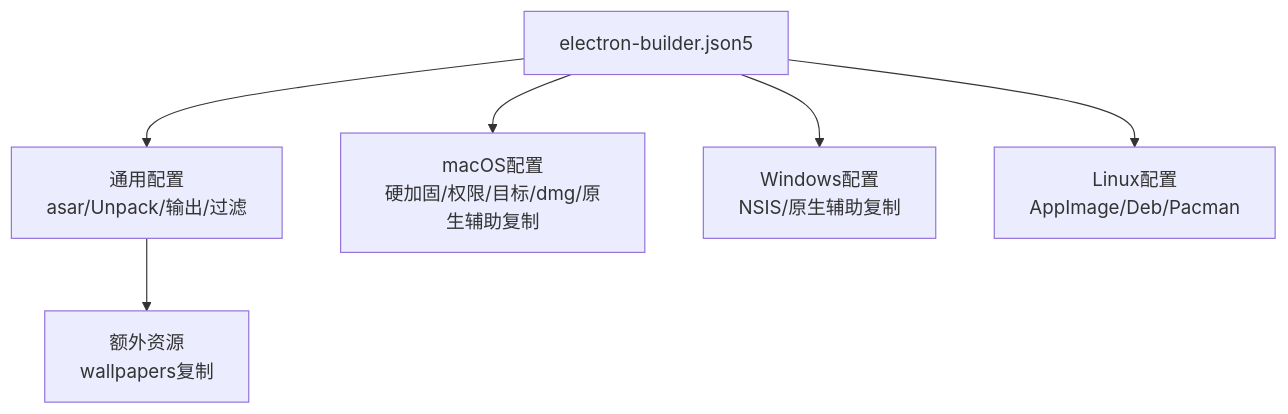
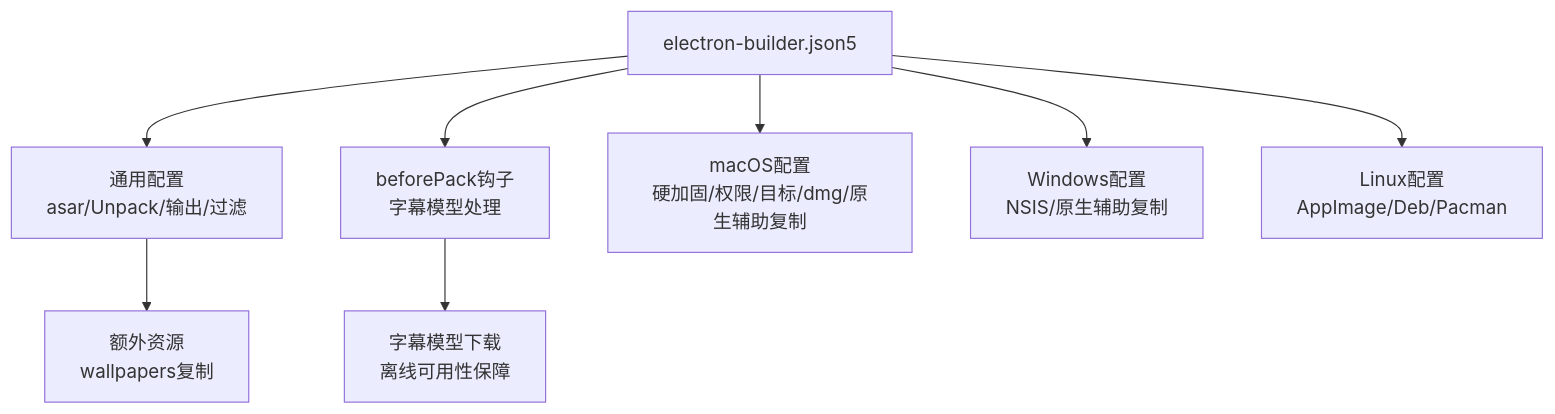
One commit to zhanggmin/openscreen changed the fourth of 10 diagrams in .qoder/repowiki/zh/content/构建与部署.md. Above: the diagram before and after it, drawn with Mermaid. The commit also changed other lines of this file and 68 other files, not shown here.

Commit message:
开发图文编辑功能

````diff
--- a/.qoder/repowiki/zh/content/构建与部署.md
+++ b/.qoder/repowiki/zh/content/构建与部署.md
@@ -158,8 +198,10 @@
 ```mermaid
 graph TB
 A["electron-builder.json5"] --> B["通用配置<br/>asar/Unpack/输出/过滤"]
-A --> C["macOS配置<br/>硬加固/权限/目标/dmg/原生辅助复制"]
-A --> D["Windows配置<br/>NSIS/原生辅助复制"]
-A --> E["Linux配置<br/>AppImage/Deb/Pacman"]
-B --> F["额外资源<br/>wallpapers复制"]
+A --> C["beforePack钩子<br/>字幕模型处理"]
+A --> D["macOS配置<br/>硬加固/权限/目标/dmg/原生辅助复制"]
+A --> E["Windows配置<br/>NSIS/原生辅助复制"]
+A --> F["Linux配置<br/>AppImage/Deb/Pacman"]
+B --> G["额外资源<br/>wallpapers复制"]
+C --> H["字幕模型下载<br/>离线可用性保障"]
 ```
````
